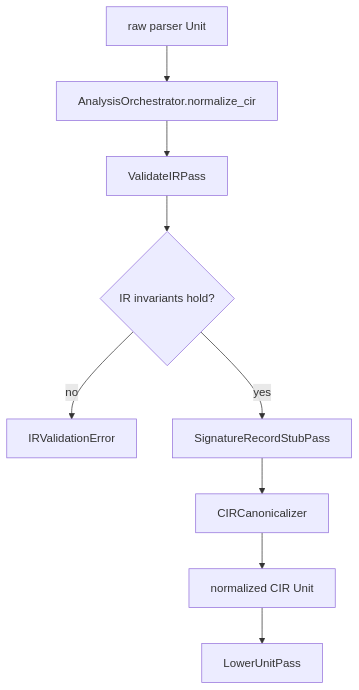
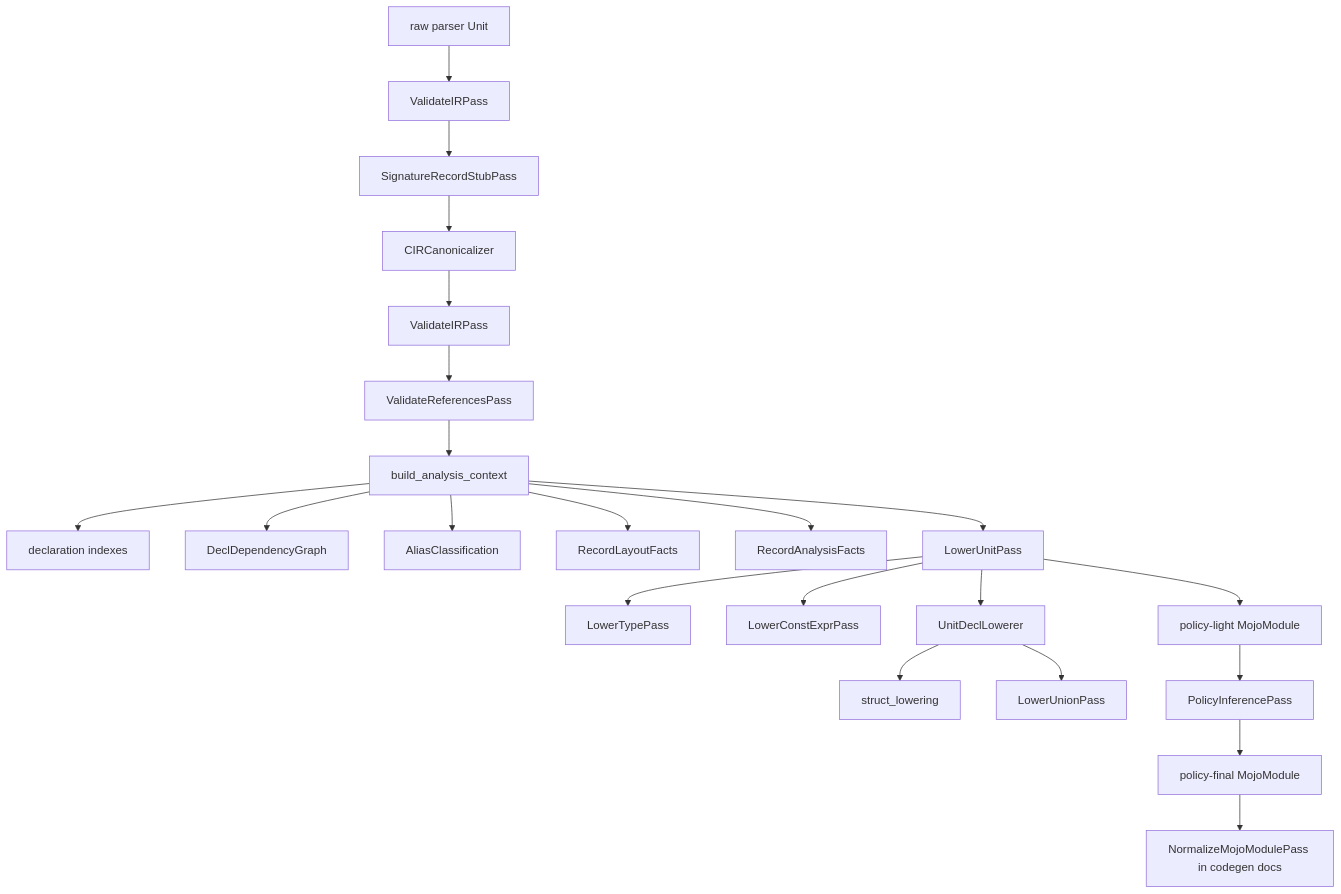
The diagram in docs/cir_passes_pipeline.md (MoSafi2/mojo_bindgen), drawn with Mermaid before and after one commit. The commit also changed other lines of this file and 24 other files, not shown here.

Commit message:
Expand analysis pipeline facts

````diff
--- a/docs/cir_passes_pipeline.md
+++ b/docs/cir_passes_pipeline.md
@@ -8,11 +14,27 @@
 ```mermaid
 flowchart TD
-    A[raw parser Unit] --> B[AnalysisOrchestrator.normalize_cir]
-    B --> C[ValidateIRPass]
-    C --> D{IR invariants hold?}
-    D -->|no| E[IRValidationError]
-    D -->|yes| F[SignatureRecordStubPass]
-    F --> G[CIRCanonicalizer]
-    G --> H[normalized CIR Unit]
-    H --> I[LowerUnitPass]
+    A[raw parser Unit] --> B[ValidateIRPass]
+    B --> C[SignatureRecordStubPass]
+    C --> D[CIRCanonicalizer]
+    D --> E[ValidateIRPass]
+    E --> F[ValidateReferencesPass]
+    F --> G[build_analysis_context]
+
+    G --> H[declaration indexes]
+    G --> I[DeclDependencyGraph]
+    G --> J[AliasClassification]
+    G --> K[RecordLayoutFacts]
+    G --> L[RecordAnalysisFacts]
+
+    G --> M[LowerUnitPass]
+    M --> N[LowerTypePass]
+    M --> O[LowerConstExprPass]
+    M --> P[UnitDeclLowerer]
+    P --> Q[struct_lowering]
+    P --> R[LowerUnionPass]
+
+    M --> S[policy-light MojoModule]
+    S --> T[PolicyInferencePass]
+    T --> U[policy-final MojoModule]
+    U --> V[NormalizeMojoModulePass in codegen docs]
 ```
````
